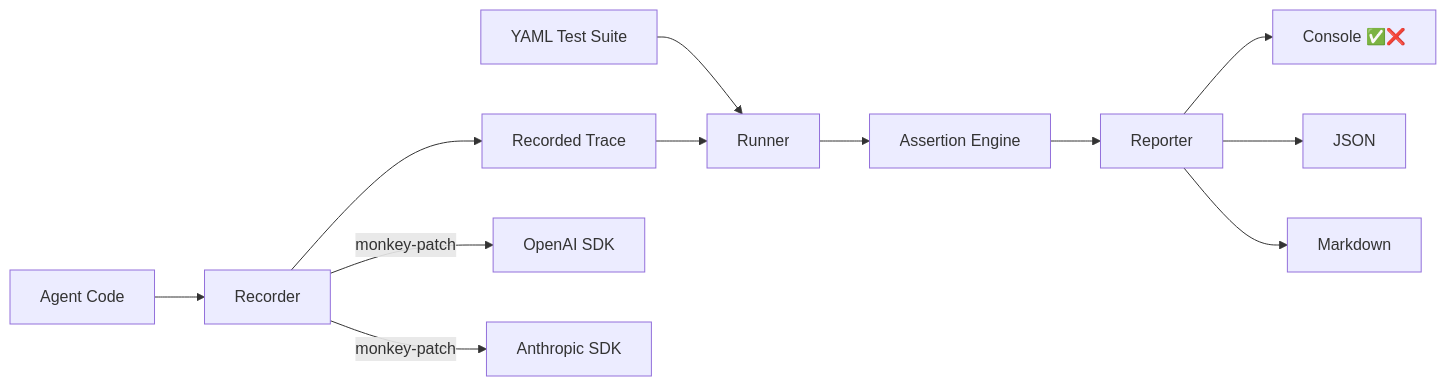
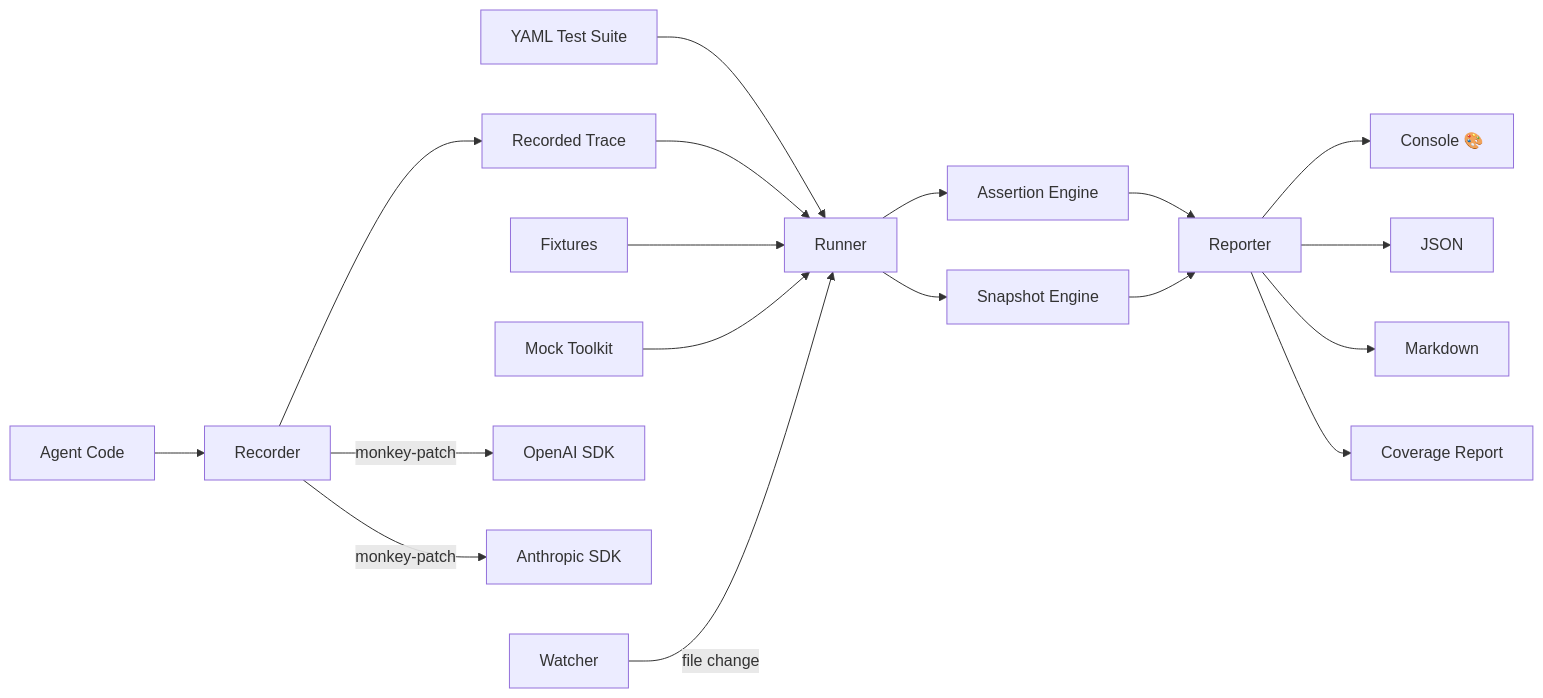
The diagram in README.md (NeuZhou/agentprobe), drawn with Mermaid before and after one commit. The commit also changed other lines of this file and 1 other file, not shown here.

````diff
--- a/README.md
+++ b/README.md
@@ -106,15 +320,22 @@
 ```mermaid
 graph LR
     A[YAML Test Suite] --> B[Runner]
     C[Recorded Trace] --> B
+    M[Fixtures] --> B
+    N[Mock Toolkit] --> B
     B --> D[Assertion Engine]
+    B --> S[Snapshot Engine]
     D --> E[Reporter]
-    E --> F[Console ✅❌]
+    S --> E
+    E --> F[Console 🎨]
     E --> G[JSON]
     E --> H[Markdown]
+    E --> COV[Coverage Report]
 
     I[Agent Code] --> J[Recorder]
     J -->|monkey-patch| K[OpenAI SDK]
     J -->|monkey-patch| L[Anthropic SDK]
     J --> C
+
+    W[Watcher] -->|file change| B
 ```
````
